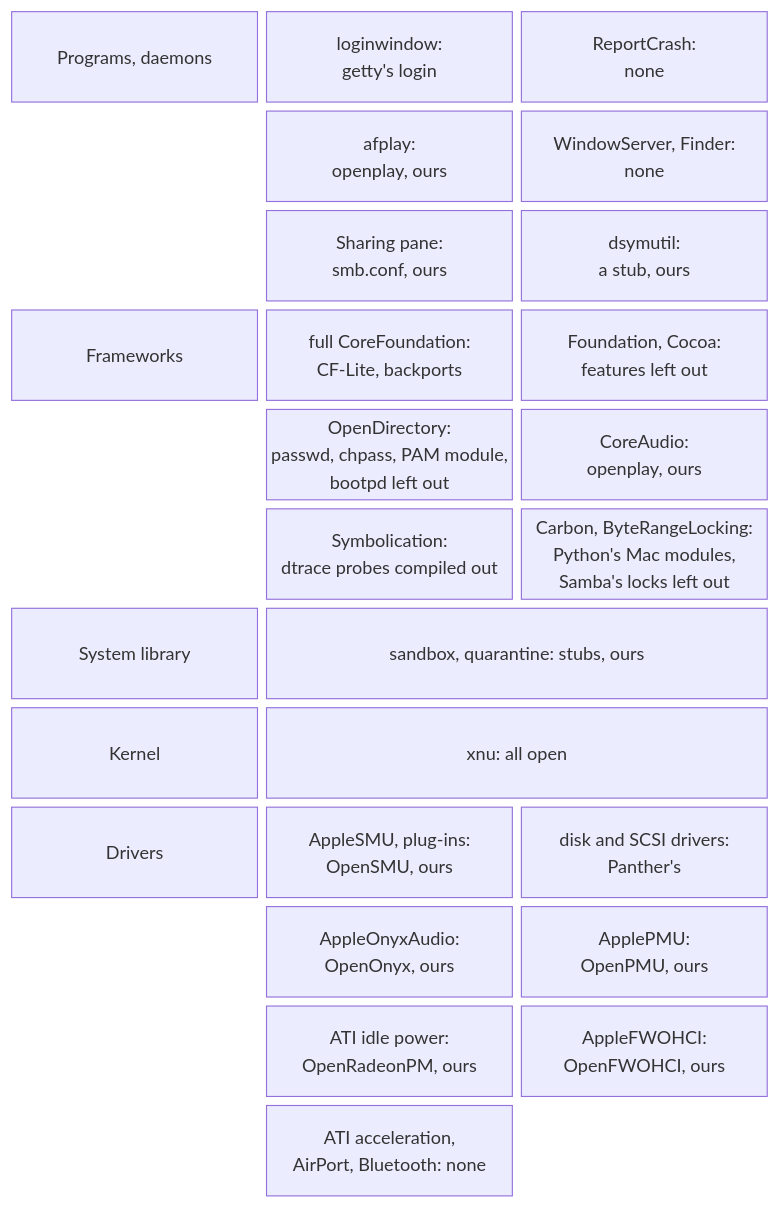
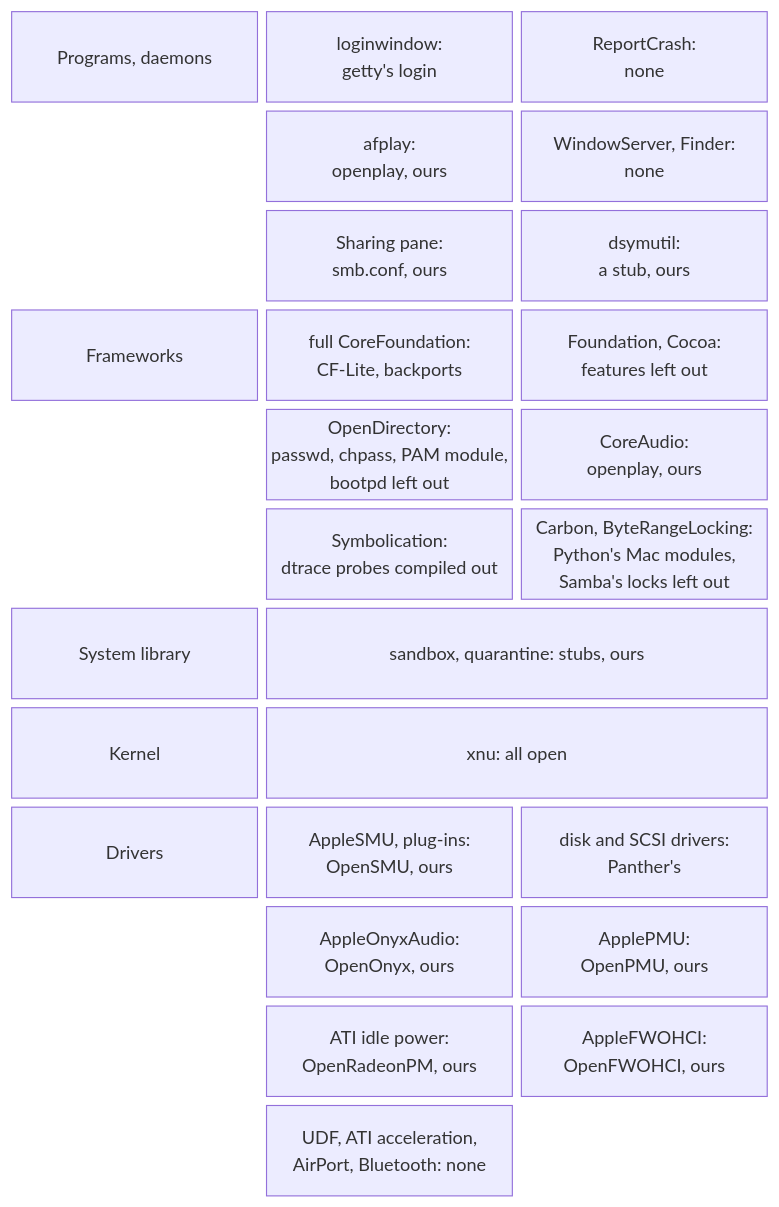
One commit to nyg/PowerDarwin changed the diagram in docs/src/synthesis/what-stays-closed.md. Above: the diagram before and after it, drawn with Mermaid. The commit also changed other lines of this file and 7 other files, not shown here.

````diff
--- a/docs/src/synthesis/what-stays-closed.md
+++ b/docs/src/synthesis/what-stays-closed.md
@@ -25,16 +25,16 @@
 ```mermaid
 block-beta
     columns 3
     p["Programs, daemons"] p1["loginwindow:<br/>getty's login"] p2["ReportCrash:<br/>none"]
     space p3["afplay:<br/>openplay, ours"] p4["WindowServer, Finder:<br/>none"]
     space p5["Sharing pane:<br/>smb.conf, ours"] p6["dsymutil:<br/>a stub, ours"]
     f["Frameworks"] f1["full CoreFoundation:<br/>CF-Lite, backports"] f2["Foundation, Cocoa:<br/>features left out"]
     space f3["OpenDirectory:<br/>passwd, chpass, PAM module,<br/>bootpd left out"] f4["CoreAudio:<br/>openplay, ours"]
     space f5["Symbolication:<br/>dtrace probes compiled out"] f6["Carbon, ByteRangeLocking:<br/>Python's Mac modules,<br/>Samba's locks left out"]
     l["System library"] l1["sandbox, quarantine: stubs, ours"]:2
     k["Kernel"] k1["xnu: all open"]:2
     d["Drivers"] d1["AppleSMU, plug-ins:<br/>OpenSMU, ours"] d2["disk and SCSI drivers:<br/>Panther's"]
     space d3["AppleOnyxAudio:<br/>OpenOnyx, ours"] d4["ApplePMU:<br/>OpenPMU, ours"]
     space d5["ATI idle power:<br/>OpenRadeonPM, ours"] d6["AppleFWOHCI:<br/>OpenFWOHCI, ours"]
-    space d7["ATI acceleration,<br/>AirPort, Bluetooth: none"] space
+    space d7["UDF, ATI acceleration,<br/>AirPort, Bluetooth: none"] space
 ```
````
